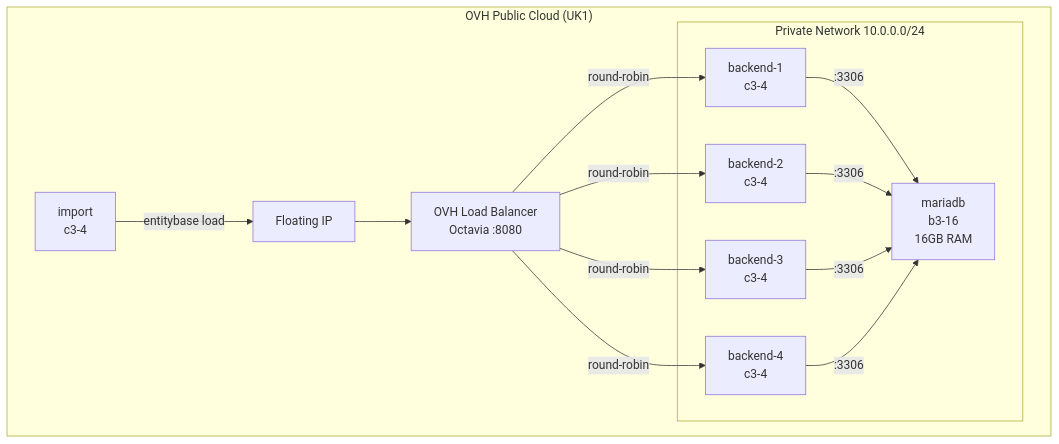
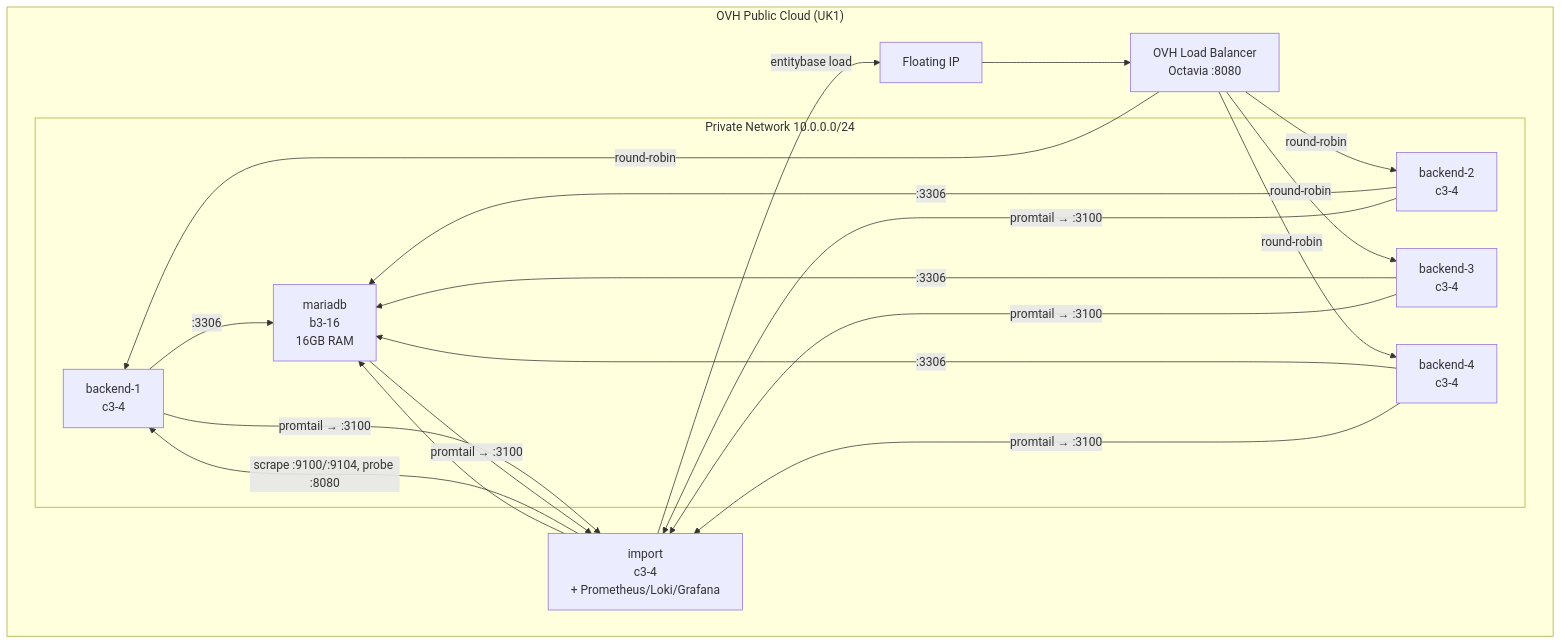
Before and after one commit to Entitybasedev/entitybase-test: the diagram in README.md, drawn with Mermaid. The commit also changed other lines of this file and 14 other files, not shown here.

Commit message:
Add self-hosted observability stack (Prometheus/Loki/Grafana)

````diff
--- a/README.md
+++ b/README.md
@@ -7,27 +7,30 @@
 ```mermaid
 graph TB
     subgraph "OVH Public Cloud (UK1)"
         subgraph "Private Network 10.0.0.0/24"
             B1["backend-1\nc3-4"]
             B2["backend-2\nc3-4"]
             B3["backend-3\nc3-4"]
             B4["backend-4\nc3-4"]
             DB["mariadb\nb3-16\n16GB RAM"]
         end
 
         LB["OVH Load Balancer\nOctavia :8080"]
         FIP["Floating IP"]
-        IMP["import\nc3-4"]
+        IMP["import\nc3-4\n+ Prometheus/Loki/Grafana"]
     end
 
     FIP --> LB
     LB -->|round-robin| B1
     LB -->|round-robin| B2
     LB -->|round-robin| B3
     LB -->|round-robin| B4
     B1 -->|:3306| DB
     B2 -->|:3306| DB
     B3 -->|:3306| DB
     B4 -->|:3306| DB
     IMP -->|"entitybase load"| FIP
+    IMP -->|"scrape :9100/:9104, probe :8080"| B1
+    IMP --> DB
+    B1 & B2 & B3 & B4 & DB -->|"promtail → :3100"| IMP
 ```
````
